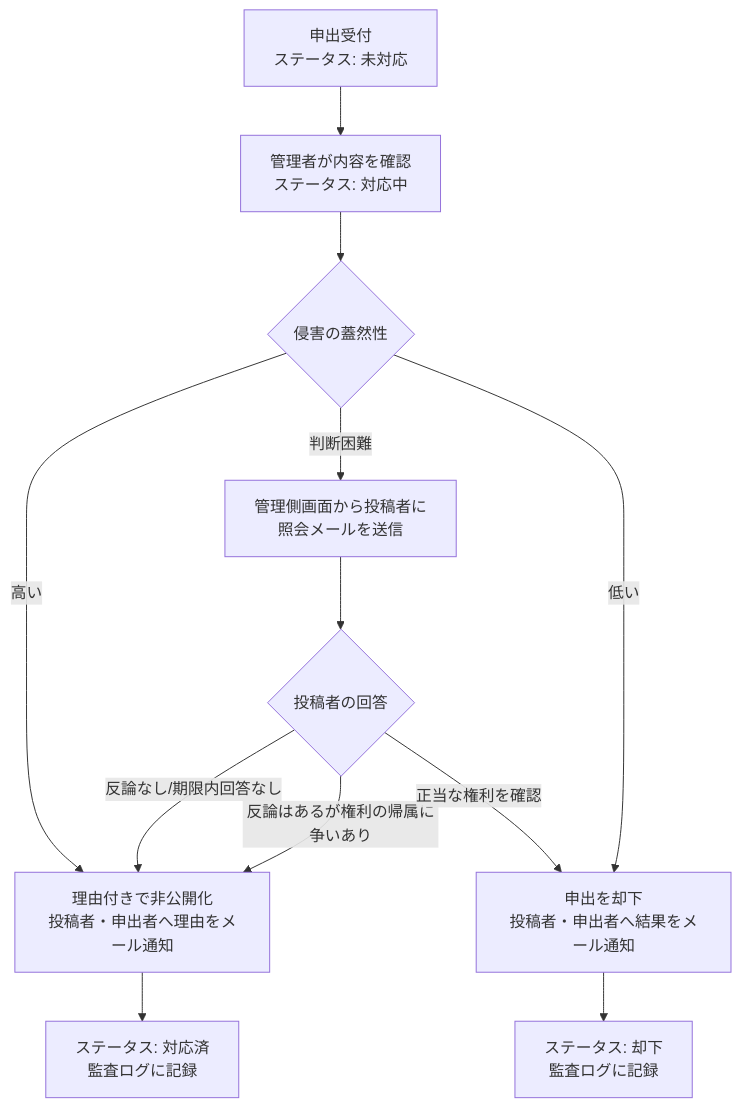
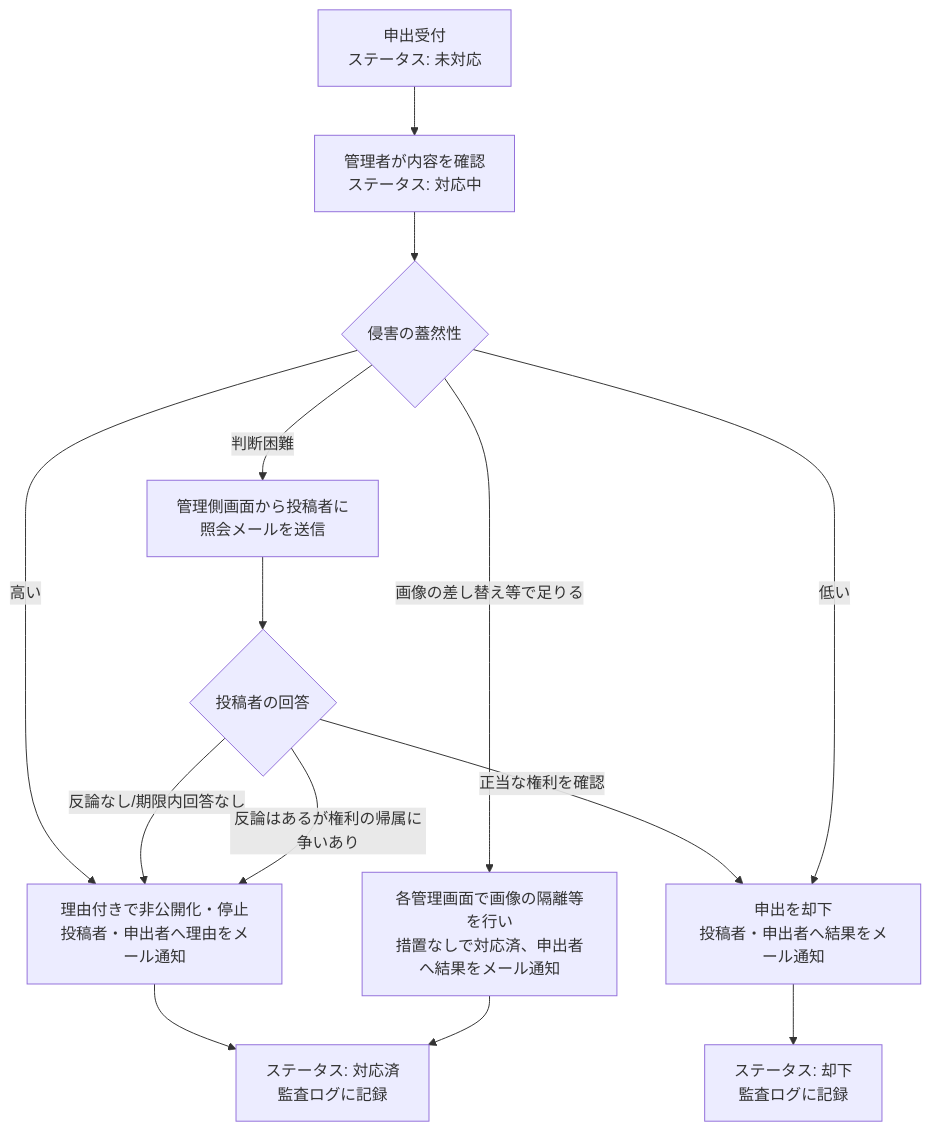
One commit to kurachiweb/genai-example-2-launch-platform changed the diagram in docs/GUIDES/service/legal/005-rights-infringement-takedown-flow.md. Above: the diagram before and after it, drawn with Mermaid. The commit also changed other lines of this file and 9 other files, not shown here.

````diff
--- a/docs/GUIDES/service/legal/005-rights-infringement-takedown-flow.md
+++ b/docs/GUIDES/service/legal/005-rights-infringement-takedown-flow.md
@@ -18,14 +27,16 @@
 ```mermaid
 flowchart TD
     A[申出受付<br>ステータス: 未対応] --> B[管理者が内容を確認<br>ステータス: 対応中]
     B --> C{侵害の蓋然性}
-    C -- 高い --> D[理由付きで非公開化<br>投稿者・申出者へ理由をメール通知]
+    C -- 高い --> D[理由付きで非公開化・停止<br>投稿者・申出者へ理由をメール通知]
     C -- 判断困難 --> E[管理側画面から投稿者に<br>照会メールを送信]
     E --> F{投稿者の回答}
     F -- 反論なし/期限内回答なし --> D
     F -- 反論はあるが権利の帰属に争いあり --> D
     F -- 正当な権利を確認 --> G[申出を却下<br>投稿者・申出者へ結果をメール通知]
     C -- 低い --> G
+    C -- 画像の差し替え等で足りる --> J[各管理画面で画像の隔離等を行い<br>措置なしで対応済、申出者へ結果をメール通知]
     D --> H[ステータス: 対応済<br>監査ログに記録]
+    J --> H
     G --> I[ステータス: 却下<br>監査ログに記録]
 ```
````
